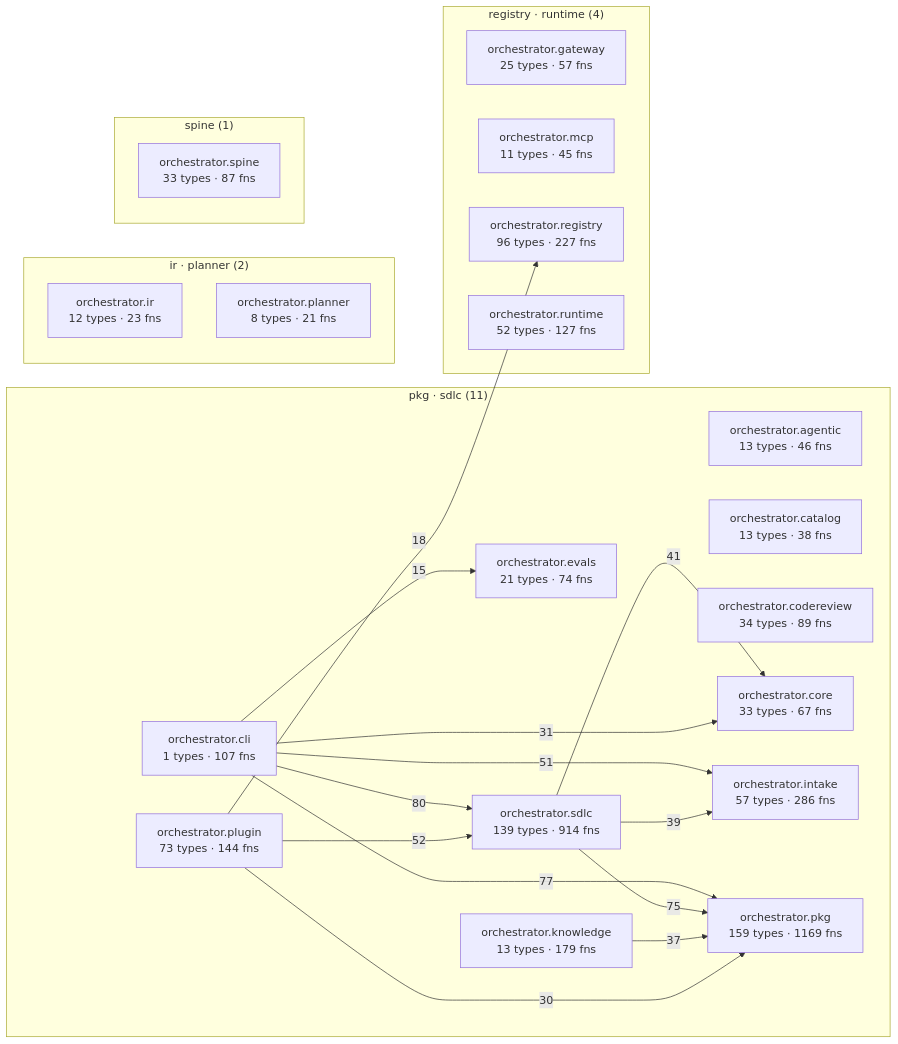
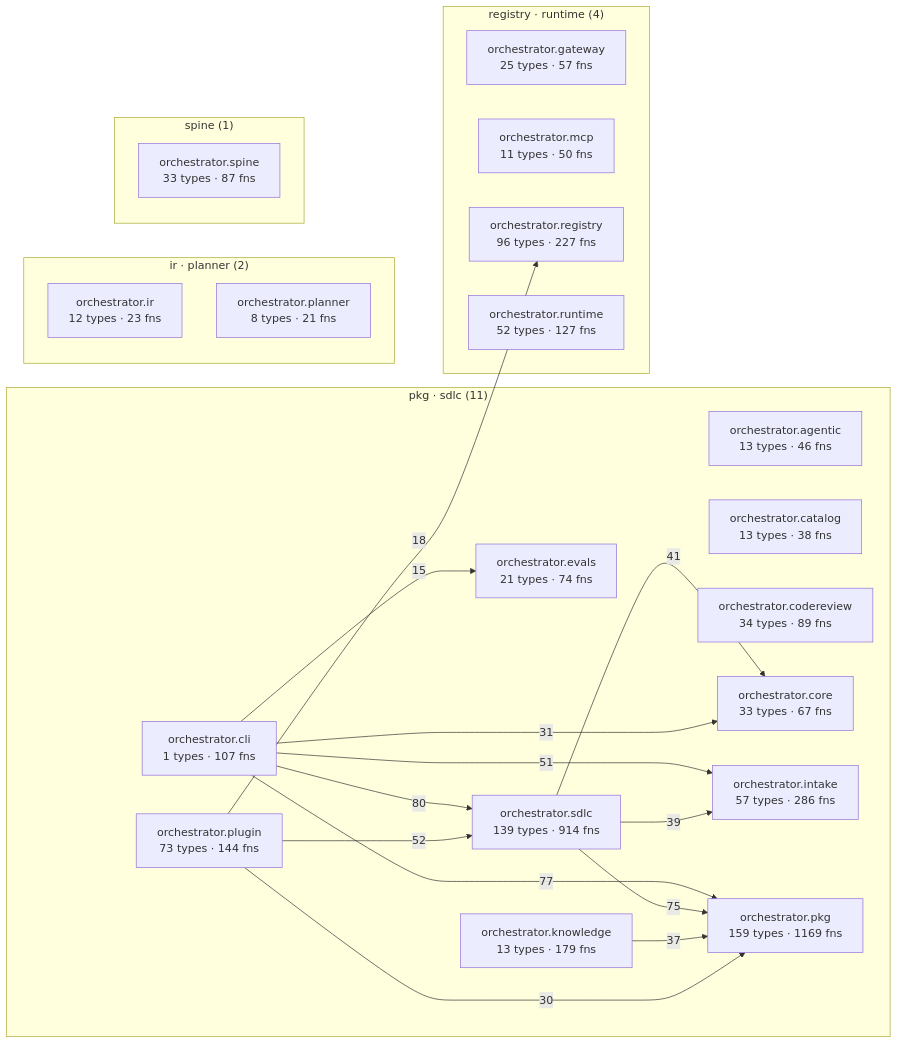
Before and after one commit to synaptixs/spine: the diagram in episteme/architecture.md, drawn with Mermaid. The commit also changed other lines of this file and 8 other files, not shown here.

````diff
--- a/episteme/architecture.md
+++ b/episteme/architecture.md
@@ -55,41 +55,41 @@
 ```mermaid
 flowchart LR
   subgraph c_2["pkg · sdlc (11)"]
     aorchestratoragentic["orchestrator.agentic<br/>13 types · 46 fns"]
     aorchestratorcatalog["orchestrator.catalog<br/>13 types · 38 fns"]
     aorchestratorcli["orchestrator.cli<br/>1 types · 107 fns"]
     aorchestratorcodereview["orchestrator.codereview<br/>34 types · 89 fns"]
     aorchestratorcore["orchestrator.core<br/>33 types · 67 fns"]
     aorchestratorevals["orchestrator.evals<br/>21 types · 74 fns"]
     aorchestratorintake["orchestrator.intake<br/>57 types · 286 fns"]
     aorchestratorknowledge["orchestrator.knowledge<br/>13 types · 179 fns"]
     aorchestratorpkg["orchestrator.pkg<br/>159 types · 1169 fns"]
     aorchestratorplugin["orchestrator.plugin<br/>73 types · 144 fns"]
     aorchestratorsdlc["orchestrator.sdlc<br/>139 types · 914 fns"]
   end
   subgraph c_4["registry · runtime (4)"]
     aorchestratorgateway["orchestrator.gateway<br/>25 types · 57 fns"]
-    aorchestratormcp["orchestrator.mcp<br/>11 types · 45 fns"]
+    aorchestratormcp["orchestrator.mcp<br/>11 types · 50 fns"]
     aorchestratorregistry["orchestrator.registry<br/>96 types · 227 fns"]
     aorchestratorruntime["orchestrator.runtime<br/>52 types · 127 fns"]
   end
   subgraph c_6["ir · planner (2)"]
     aorchestratorir["orchestrator.ir<br/>12 types · 23 fns"]
     aorchestratorplanner["orchestrator.planner<br/>8 types · 21 fns"]
   end
   subgraph c_11["spine (1)"]
     aorchestratorspine["orchestrator.spine<br/>33 types · 87 fns"]
   end
   aorchestratorcli -->|80| aorchestratorsdlc
   aorchestratorcli -->|77| aorchestratorpkg
   aorchestratorsdlc -->|75| aorchestratorpkg
   aorchestratorplugin -->|52| aorchestratorsdlc
   aorchestratorcli -->|51| aorchestratorintake
   aorchestratorsdlc -->|41| aorchestratorcore
   aorchestratorsdlc -->|39| aorchestratorintake
   aorchestratorknowledge -->|37| aorchestratorpkg
   aorchestratorcli -->|31| aorchestratorcore
   aorchestratorplugin -->|30| aorchestratorpkg
   aorchestratorplugin -->|18| aorchestratorregistry
   aorchestratorcli -->|15| aorchestratorevals
 ```
````
